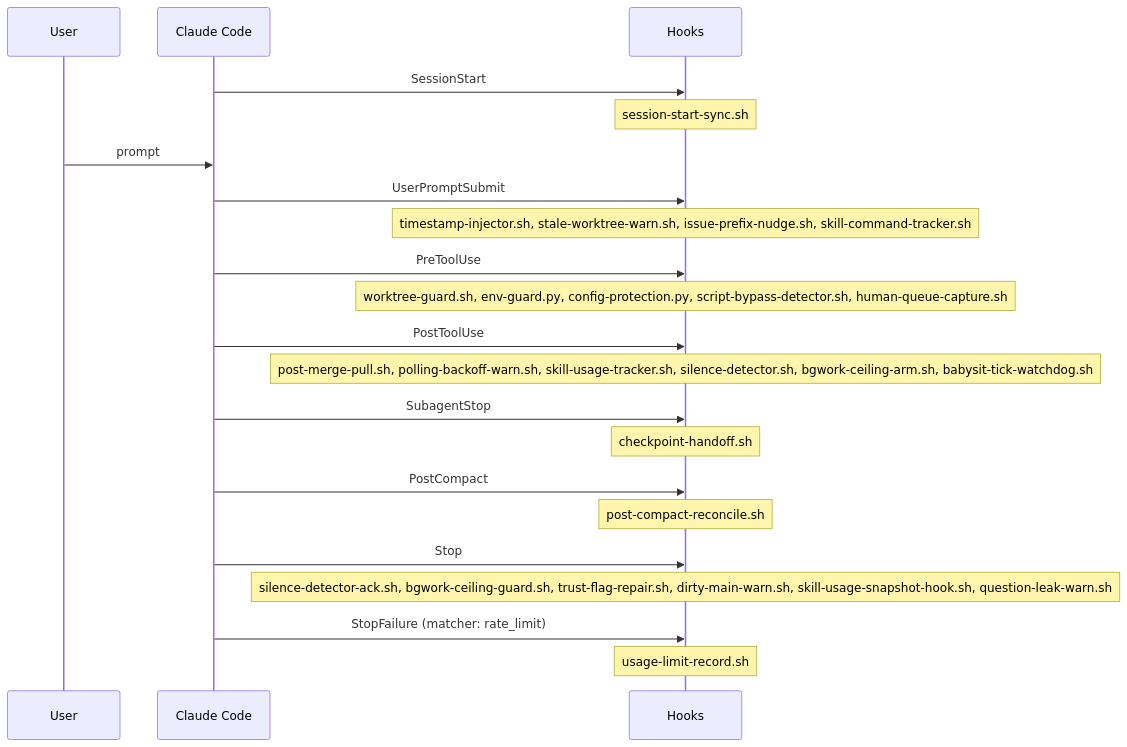
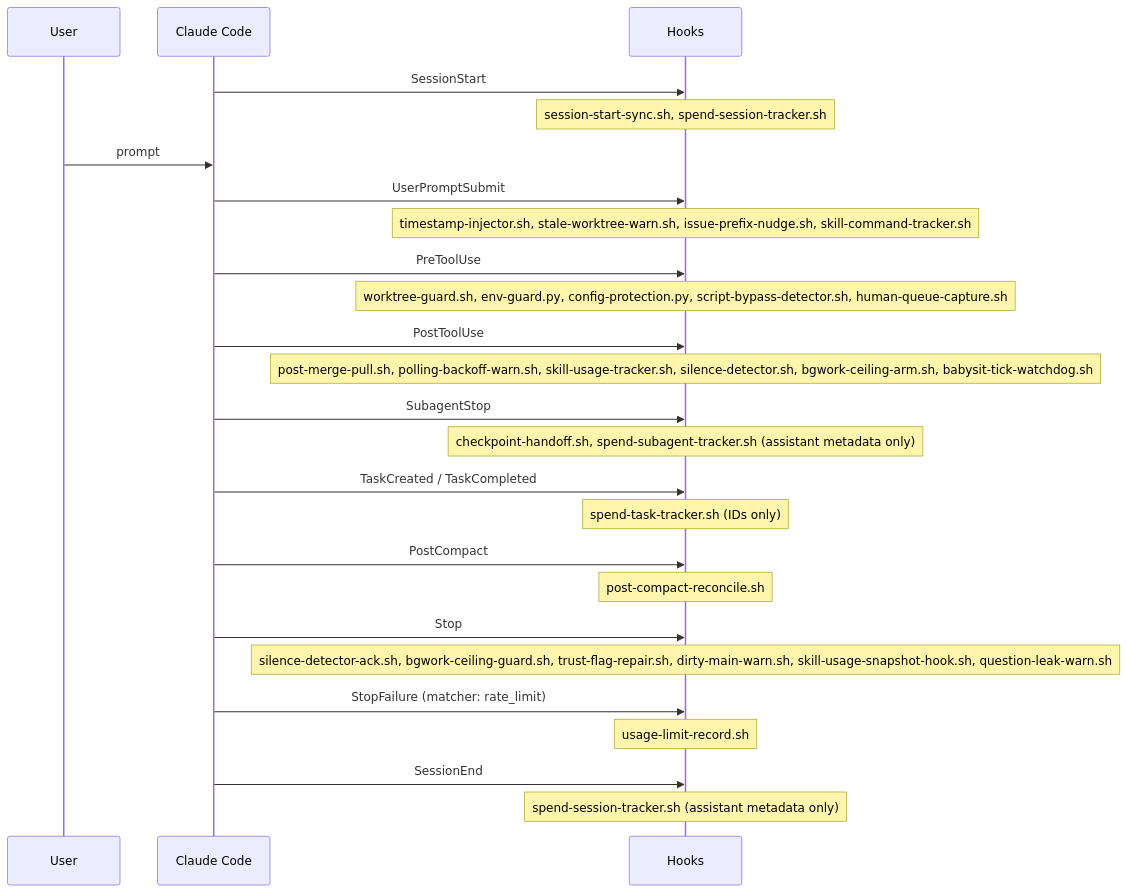
The diagram in .claude/reference/diagrams/hook-lifecycle.md (auerbachb/claude-code-config), drawn with Mermaid before and after one commit. The commit also changed 20 other files, not shown here.

````diff
--- a/.claude/reference/diagrams/hook-lifecycle.md
+++ b/.claude/reference/diagrams/hook-lifecycle.md
@@ -3,23 +3,27 @@
 ```mermaid
 sequenceDiagram
   participant U as User
   participant CC as Claude Code
   participant H as Hooks
   CC->>H: SessionStart
-  Note over H: session-start-sync.sh
+  Note over H: session-start-sync.sh, spend-session-tracker.sh
   U->>CC: prompt
   CC->>H: UserPromptSubmit
   Note over H: timestamp-injector.sh, stale-worktree-warn.sh, issue-prefix-nudge.sh, skill-command-tracker.sh
   CC->>H: PreToolUse
   Note over H: worktree-guard.sh, env-guard.py, config-protection.py, script-bypass-detector.sh, human-queue-capture.sh
   CC->>H: PostToolUse
   Note over H: post-merge-pull.sh, polling-backoff-warn.sh, skill-usage-tracker.sh, silence-detector.sh, bgwork-ceiling-arm.sh, babysit-tick-watchdog.sh
   CC->>H: SubagentStop
-  Note over H: checkpoint-handoff.sh
+  Note over H: checkpoint-handoff.sh, spend-subagent-tracker.sh (assistant metadata only)
+  CC->>H: TaskCreated / TaskCompleted
+  Note over H: spend-task-tracker.sh (IDs only)
   CC->>H: PostCompact
   Note over H: post-compact-reconcile.sh
   CC->>H: Stop
   Note over H: silence-detector-ack.sh, bgwork-ceiling-guard.sh, trust-flag-repair.sh, dirty-main-warn.sh, skill-usage-snapshot-hook.sh, question-leak-warn.sh
   CC->>H: StopFailure (matcher: rate_limit)
   Note over H: usage-limit-record.sh
+  CC->>H: SessionEnd
+  Note over H: spend-session-tracker.sh (assistant metadata only)
 ```
````
